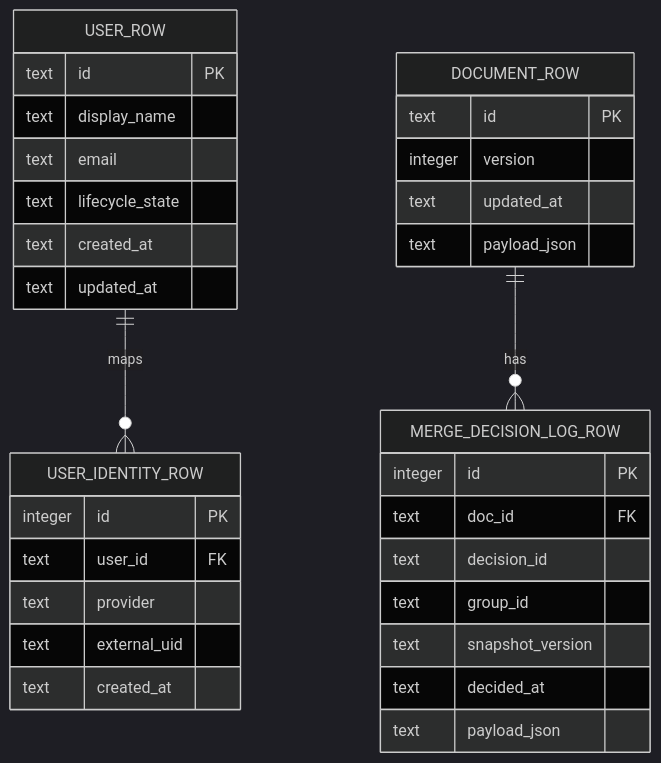
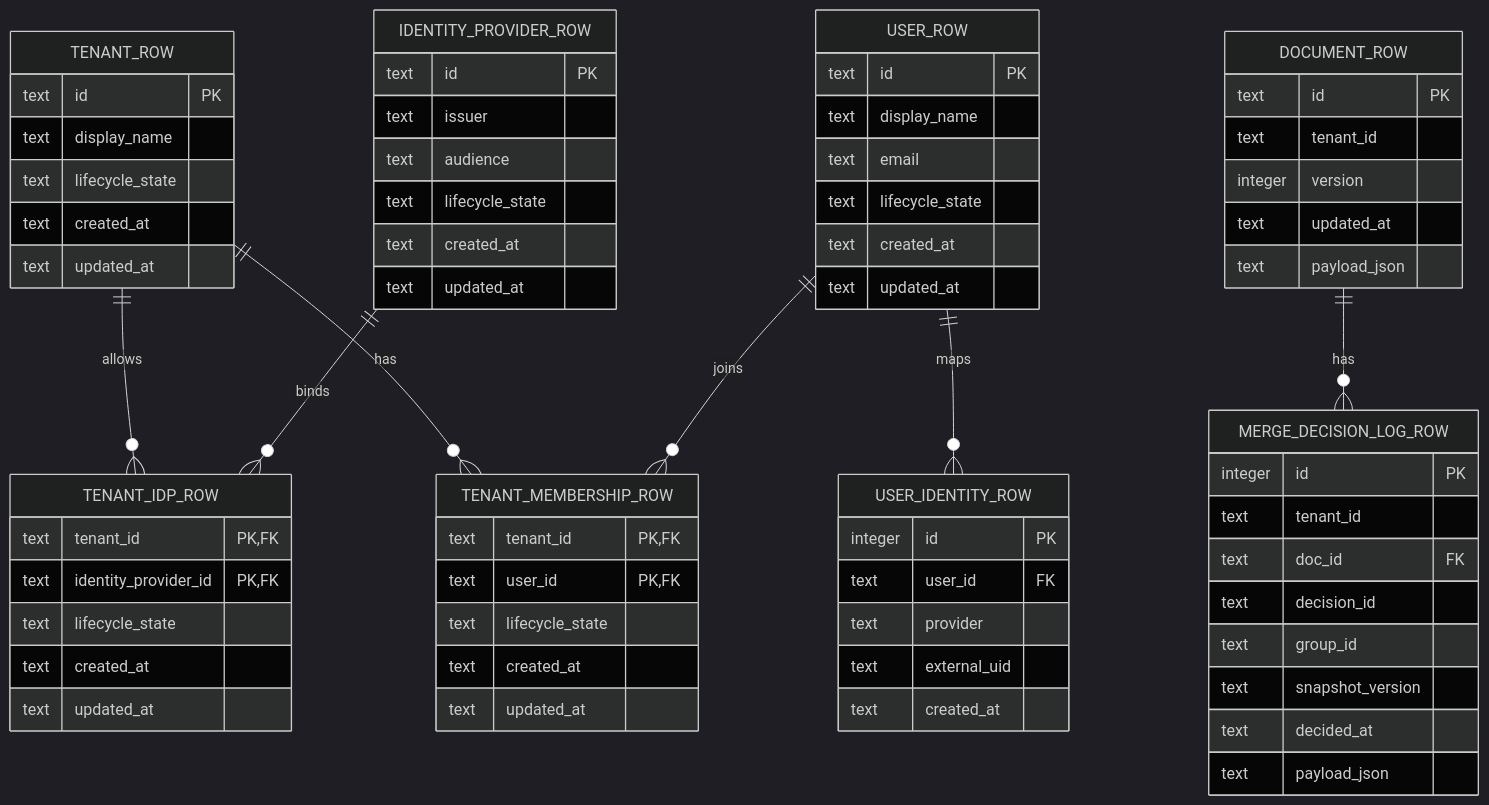
The first of 3 diagrams in 02_Architecture/data_model_operations_overview.md (hat47x/kj-atlas), drawn with Mermaid (dark theme) before and after one commit. The commit also changed other lines of this file and 11 other files, not shown here.

````diff
--- a/02_Architecture/data_model_operations_overview.md
+++ b/02_Architecture/data_model_operations_overview.md
@@ -47,39 +47,78 @@
 ```mermaid
 erDiagram
+    TENANT_ROW ||--o{ TENANT_IDP_ROW : allows
+    IDENTITY_PROVIDER_ROW ||--o{ TENANT_IDP_ROW : binds
+    TENANT_ROW ||--o{ TENANT_MEMBERSHIP_ROW : has
+    USER_ROW ||--o{ TENANT_MEMBERSHIP_ROW : joins
     USER_ROW ||--o{ USER_IDENTITY_ROW : maps
     DOCUMENT_ROW ||--o{ MERGE_DECISION_LOG_ROW : has
+
+    TENANT_ROW {
+        text id PK
+        text display_name
+        text lifecycle_state
+        text created_at
+        text updated_at
+    }
+
+    IDENTITY_PROVIDER_ROW {
+        text id PK
+        text issuer
+        text audience
+        text lifecycle_state
+        text created_at
+        text updated_at
+    }
+
+    TENANT_IDP_ROW {
+        text tenant_id PK,FK
+        text identity_provider_id PK,FK
+        text lifecycle_state
+        text created_at
+        text updated_at
+    }
+
+    TENANT_MEMBERSHIP_ROW {
+        text tenant_id PK,FK
+        text user_id PK,FK
+        text lifecycle_state
+        text created_at
+        text updated_at
+    }
 
     USER_ROW {
         text id PK
         text display_name
         text email
         text lifecycle_state
         text created_at
         text updated_at
     }
 
     USER_IDENTITY_ROW {
         integer id PK
         text user_id FK
         text provider
         text external_uid
         text created_at
     }
 
     DOCUMENT_ROW {
         text id PK
+        text tenant_id
         integer version
         text updated_at
         text payload_json
     }
 
     MERGE_DECISION_LOG_ROW {
         integer id PK
+        text tenant_id
         text doc_id FK
         text decision_id
         text group_id
         text snapshot_version
         text decided_at
         text payload_json
     }
 ```
````
